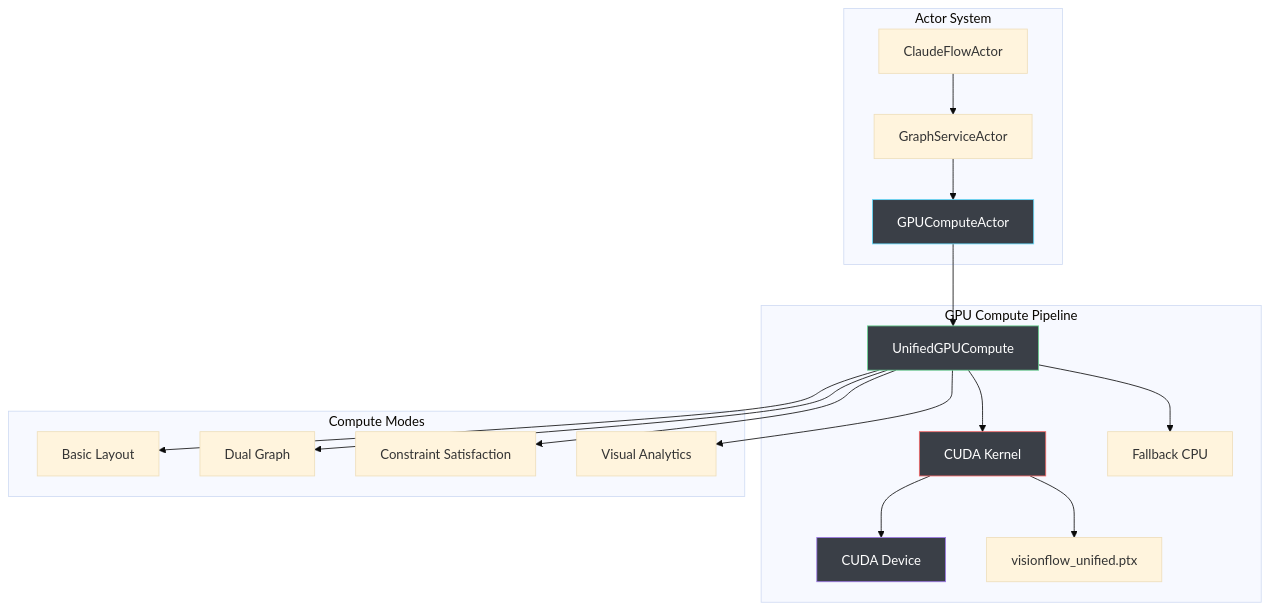
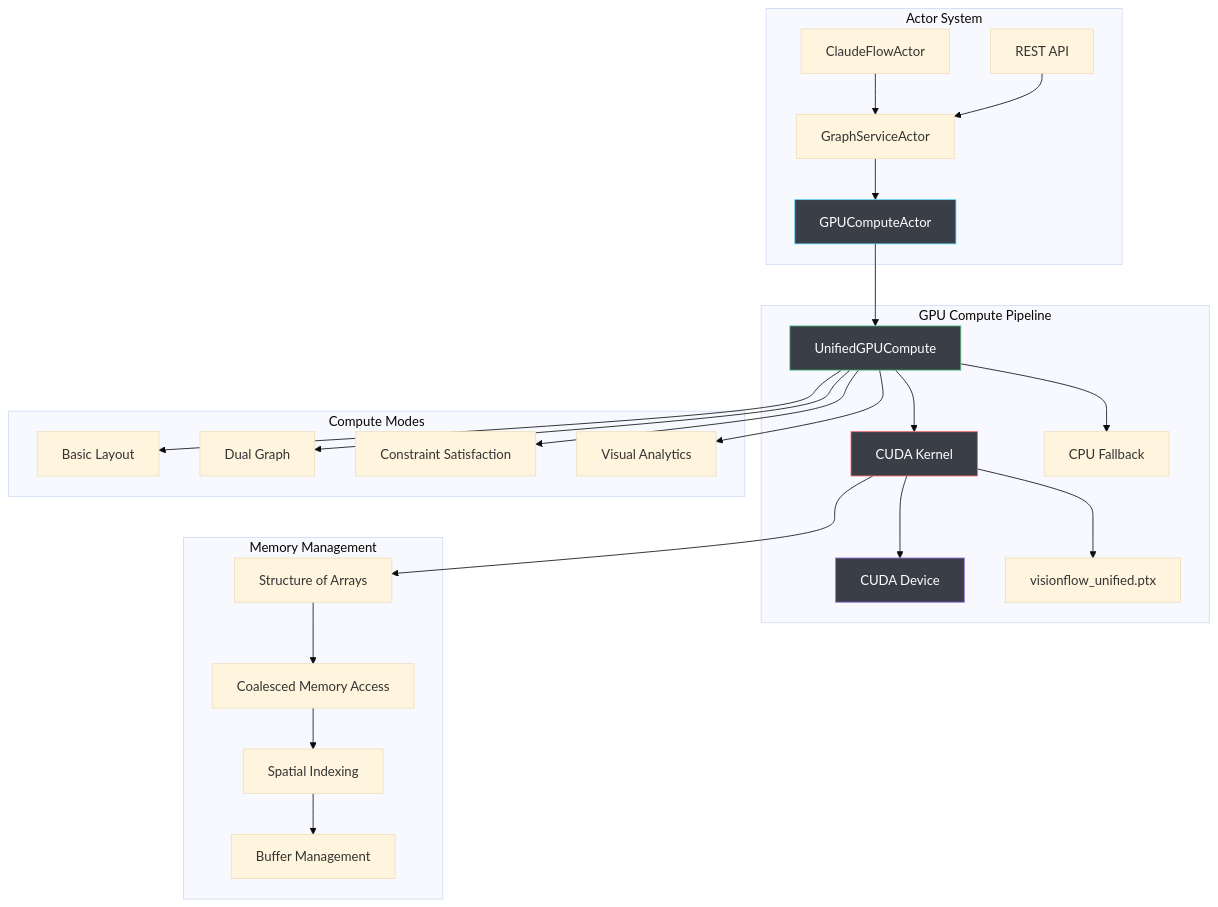
The diagram in docs/server/gpu-compute.md (DreamLab-AI/VisionFlow), drawn with Mermaid (base theme) before and after one commit. The commit also changed other lines of this file and 30 other files, not shown here.

````diff
--- a/docs/server/gpu-compute.md
+++ b/docs/server/gpu-compute.md
@@ -33,32 +28,45 @@
 ```mermaid
 graph TB
     subgraph "Actor System"
         GSA[GraphServiceActor] --> GCA[GPUComputeActor]
         CFA[ClaudeFlowActor] --> GSA
+        API[REST API] --> GSA
     end
 
     subgraph "GPU Compute Pipeline"
         GCA --> UGC[UnifiedGPUCompute]
         UGC --> CK[CUDA Kernel]
-        UGC --> FB[Fallback CPU]
+        UGC --> FB[CPU Fallback]
         CK --> CUDA[CUDA Device]
         CK --> PTX[visionflow_unified.ptx]
     end
 
     subgraph "Compute Modes"
         BASIC[Basic Layout]
         DUAL[Dual Graph]
         CONSTRAINTS[Constraint Satisfaction]
         ANALYTICS[Visual Analytics]
     end
 
+    subgraph "Memory Management"
+        SOA[Structure of Arrays]
+        COALESCED[Coalesced Memory Access]
+        SPATIAL[Spatial Indexing]
+        BUFFER[Buffer Management]
+    end
+
     UGC --> BASIC
     UGC --> DUAL
     UGC --> CONSTRAINTS
     UGC --> ANALYTICS
+
+    CK --> SOA
+    SOA --> COALESCED
+    COALESCED --> SPATIAL
+    SPATIAL --> BUFFER
 
     style GCA fill:#3A3F47,stroke:#61DAFB,color:#FFFFFF
     style UGC fill:#3A3F47,stroke:#68D391,color:#FFFFFF
     style CK fill:#3A3F47,stroke:#F56565,color:#FFFFFF
     style CUDA fill:#3A3F47,stroke:#9F7AEA,color:#FFFFFF
 ```
````
